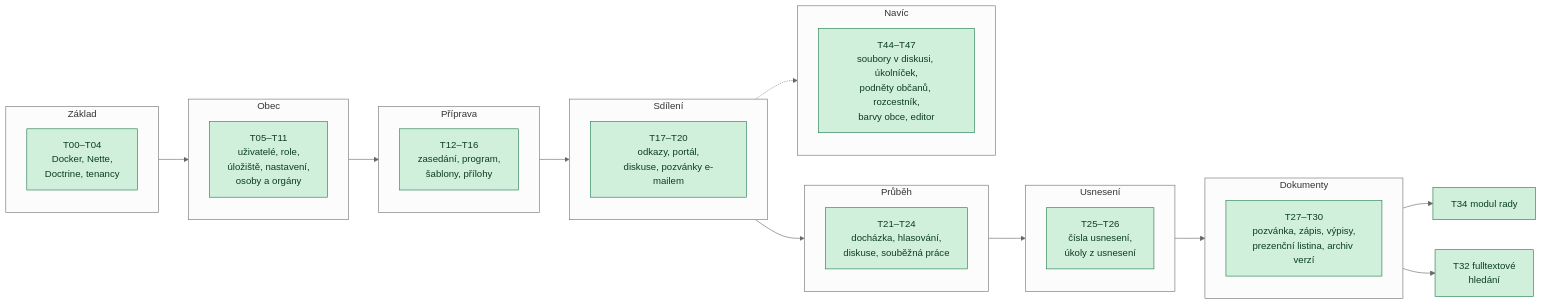
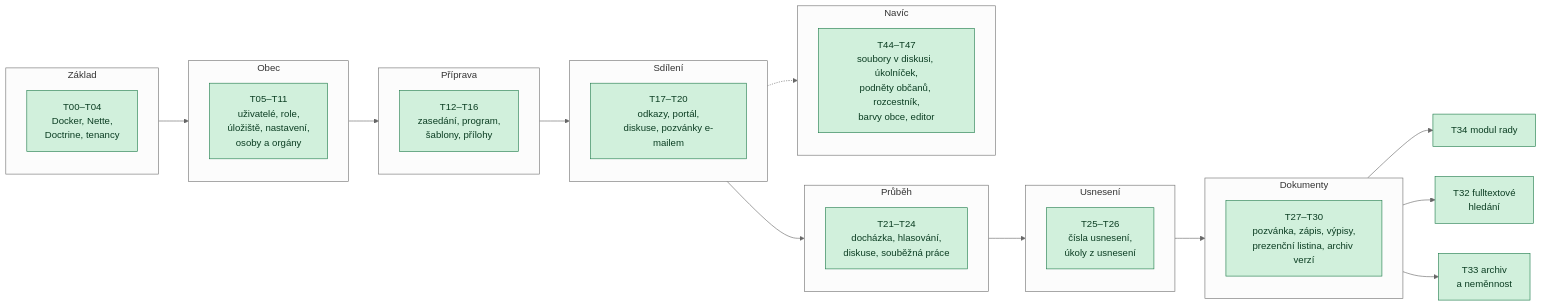
One commit to 731mat/konsel changed the diagram in doc/wiki/09-plan-a-stav.md. Above: the diagram before and after it, drawn with Mermaid (neutral theme). The commit also changed other lines of this file and 31 other files, not shown here.

First line of the commit message:
T33: archiv a neměnnost po ověření zápisu

````diff
--- a/doc/wiki/09-plan-a-stav.md
+++ b/doc/wiki/09-plan-a-stav.md
@@ -7,36 +7,38 @@
 ```mermaid
 flowchart LR
     subgraph F0["Základ"]
         T00[T00–T04<br/>Docker, Nette,<br/>Doctrine, tenancy]
     end
     subgraph F1["Obec"]
         T05[T05–T11<br/>uživatelé, role,<br/>úložiště, nastavení,<br/>osoby a orgány]
     end
     subgraph F2["Příprava"]
         T12[T12–T16<br/>zasedání, program,<br/>šablony, přílohy]
     end
     subgraph F3["Sdílení"]
         T17[T17–T20<br/>odkazy, portál,<br/>diskuse, pozvánky e-mailem]
     end
     subgraph F4["Průběh"]
         T21[T21–T24<br/>docházka, hlasování,<br/>diskuse, souběžná práce]
     end
     subgraph F5["Usnesení"]
         T25[T25–T26<br/>čísla usnesení,<br/>úkoly z usnesení]
     end
     subgraph F6["Dokumenty"]
         T28[T27–T30<br/>pozvánka, zápis, výpisy,<br/>prezenční listina, archiv verzí]
     end
     subgraph F10["Navíc"]
         T44[T44–T47<br/>soubory v diskusi, úkolníček,<br/>podněty občanů, rozcestník,<br/>barvy obce, editor]
     end
     T34[T34 modul rady]
     T32[T32 fulltextové<br/>hledání]
+    T33[T33 archiv<br/>a neměnnost]
     F0 --> F1 --> F2 --> F3 --> F4 --> F5 --> F6
     F6 --> T34
     F6 --> T32
+    F6 --> T33
     F3 -.-> F10
 
     classDef done fill:#d1f0dc,stroke:#1e7b4a,color:#0b3d22;
-    class T00,T05,T12,T17,T21,T25,T28,T44,T34,T32 done;
+    class T00,T05,T12,T17,T21,T25,T28,T44,T34,T32,T33 done;
 ```
````
